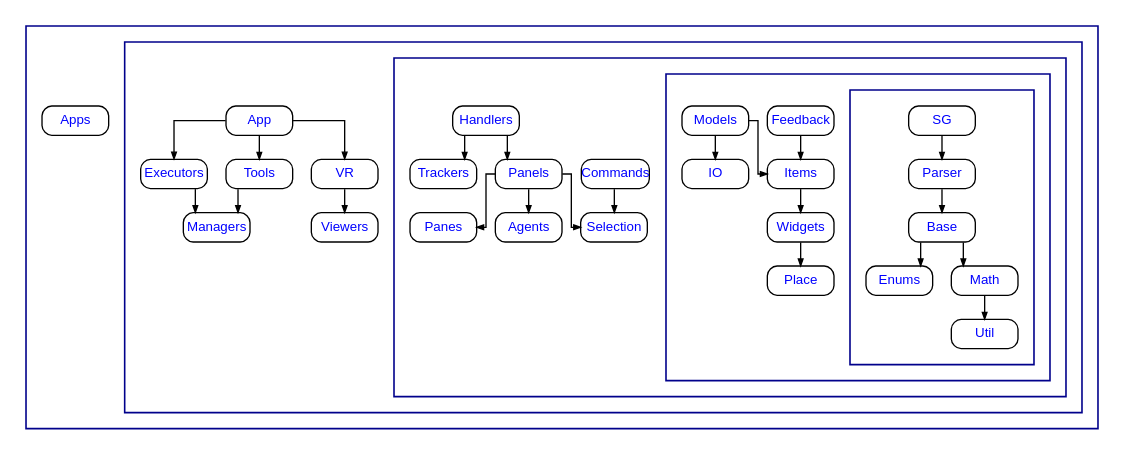
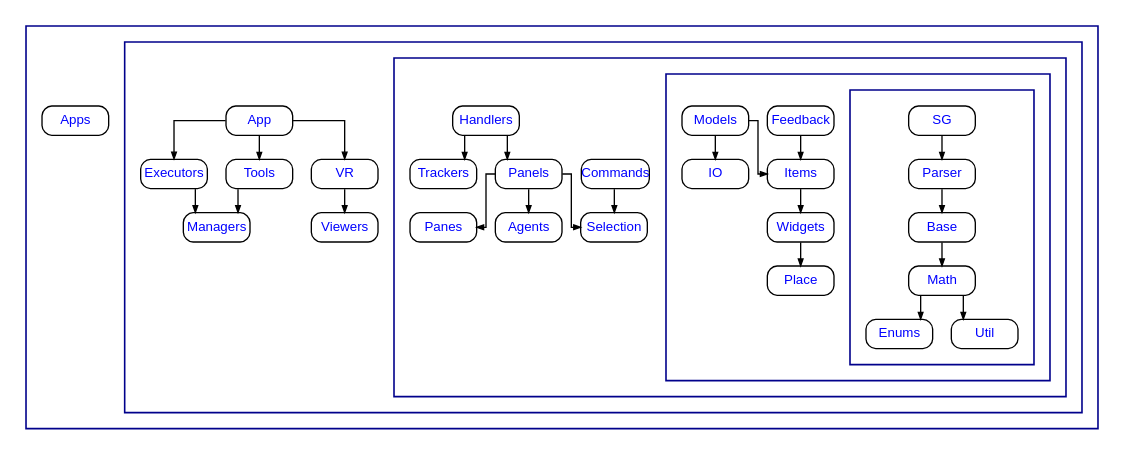
Before and after one commit to pss959/EasyMaker3D: the diagram in InternalDoc/include/moduledependencies.dot, drawn with Graphviz. The commit also changed 2 other files, not shown here.

```diff
--- a/InternalDoc/include/moduledependencies.dot
+++ b/InternalDoc/include/moduledependencies.dot
@@ -1,108 +1,108 @@
 strict digraph {
 	graph [nodesep=0.2,
 		pencolor=darkblue,
 		penwidth=1.2,
 		rankdir=TB,
 		ranksep=0.25,
 		splines=ortho
 	];
 	node [fontcolor=blue,
 		fontname=Arial,
 		fontsize=10,
 		height=0.3,
 		margin=0,
 		shape=box,
 		style=rounded,
 		width=0.7
 	];
 	edge [arrowsize=0.5];
 	subgraph cluster_0 {
 		graph [margin=12];
 		subgraph cluster_1 {
 			graph [margin=12];
 			subgraph cluster_2 {
 				graph [margin=12];
 				subgraph cluster_3 {
 					graph [margin=12];
 					subgraph cluster_4 {
 						graph [margin=12];
 						Base	[URL="\ref Base",
 							group=4];
-						Enums	[URL="\ref Enums",
-							group=4];
-						Base -> Enums;
 						Math	[URL="\ref Math",
 							group=4];
 						Base -> Math;
+						Enums	[URL="\ref Enums",
+							group=4];
+						Math -> Enums;
 						Util	[URL="\ref Util",
 							group=4];
 						Math -> Util;
 						Parser	[URL="\ref Parser",
 							group=4];
 						Parser -> Base;
 						SG	[URL="\ref SG",
 							group=4];
 						SG -> Parser;
 					}
 					Feedback	[URL="\ref Feedback",
 						group=3];
 					Items	[URL="\ref Items",
 						group=3];
 					Feedback -> Items;
 					IO	[URL="\ref IO",
 						group=3];
 					Widgets	[URL="\ref Widgets",
 						group=3];
 					Items -> Widgets;
 					Models	[URL="\ref Models",
 						group=3];
 					Models -> IO;
 					Models -> Items;
 					Place	[URL="\ref Place",
 						group=3];
 					Widgets -> Place;
 				}
 				Agents	[URL="\ref Agents",
 					group=2];
 				Commands	[URL="\ref Commands",
 					group=2];
 				Selection	[URL="\ref Selection",
 					group=2];
 				Commands -> Selection;
 				Handlers	[URL="\ref Handlers",
 					group=2];
 				Trackers	[URL="\ref Trackers",
 					group=2];
 				Handlers -> Trackers;
 				Panels	[URL="\ref Panels",
 					group=2];
 				Handlers -> Panels;
 				Panels -> Agents;
 				Panes	[URL="\ref Panes",
 					group=2];
 				Panels -> Panes;
 				Panels -> Selection;
 			}
 			App	[URL="\ref App",
 				group=1];
 			Executors	[URL="\ref Executors",
 				group=1];
 			App -> Executors;
 			Tools	[URL="\ref Tools",
 				group=1];
 			App -> Tools;
 			VR	[URL="\ref VR",
 				group=1];
 			App -> VR;
 			Managers	[URL="\ref Managers",
 				group=1];
 			Executors -> Managers;
 			Tools -> Managers;
 			Viewers	[URL="\ref Viewers",
 				group=1];
 			VR -> Viewers;
 		}
 		Apps	[URL="\ref Apps",
 			group=0];
 	}
 }
```
